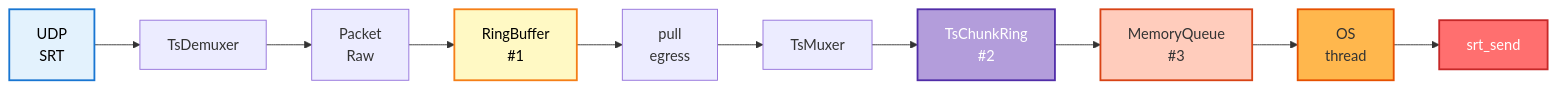
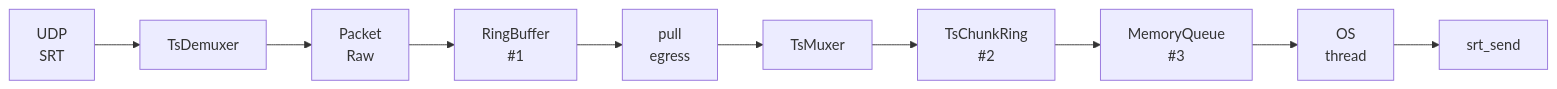
The eighth of 24 diagrams in docs/run-to-completion-analysis.md (krsna1729/restream), drawn with Mermaid before and after one commit. The commit also changed other lines of this file and 6 other files, not shown here.

First line of the commit message:
docs: retire duplicate SVG and styled diagram variants

````diff
--- a/docs/run-to-completion-analysis.md
+++ b/docs/run-to-completion-analysis.md
@@ -329,13 +270,6 @@
 ```mermaid
-graph LR
+flowchart LR
     A["UDP<br/>SRT"] --> B["TsDemuxer"] --> C["Packet<br/>Raw"] --> D["RingBuffer<br/>#1"]
     D --> E["pull<br/>egress"] --> F["TsMuxer"] --> G["TsChunkRing<br/>#2"]
     G --> H["MemoryQueue<br/>#3"] --> I["OS<br/>thread"] --> J["srt_send"]
-    
-    style A fill:#e3f2fd,stroke:#1976d2,stroke-width:2px,color:#000
-    style D fill:#fff9c4,stroke:#f57f17,stroke-width:2px,color:#000
-    style G fill:#b39ddb,stroke:#512da8,stroke-width:2px,color:#fff
-    style H fill:#ffccbc,stroke:#d84315,stroke-width:2px,color:#333
-    style I fill:#ffb74d,stroke:#e65100,stroke-width:2px,color:#333
-    style J fill:#ff6f6f,stroke:#c62828,stroke-width:2px,color:#fff
 ```
````
